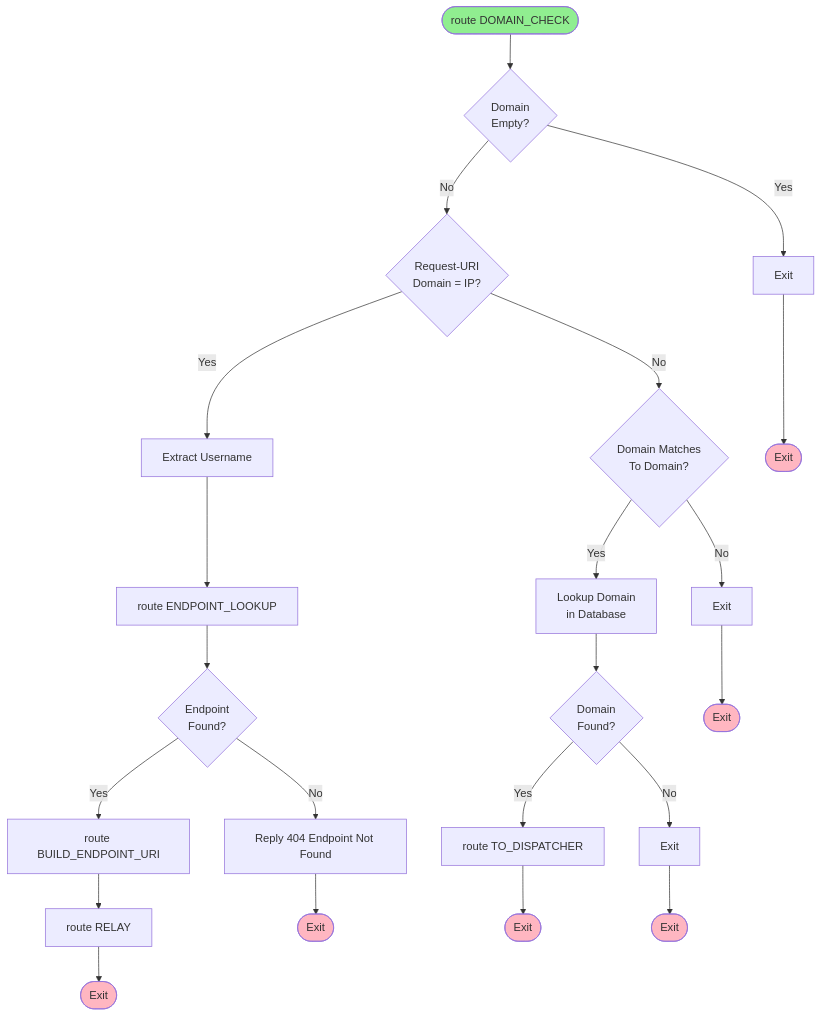
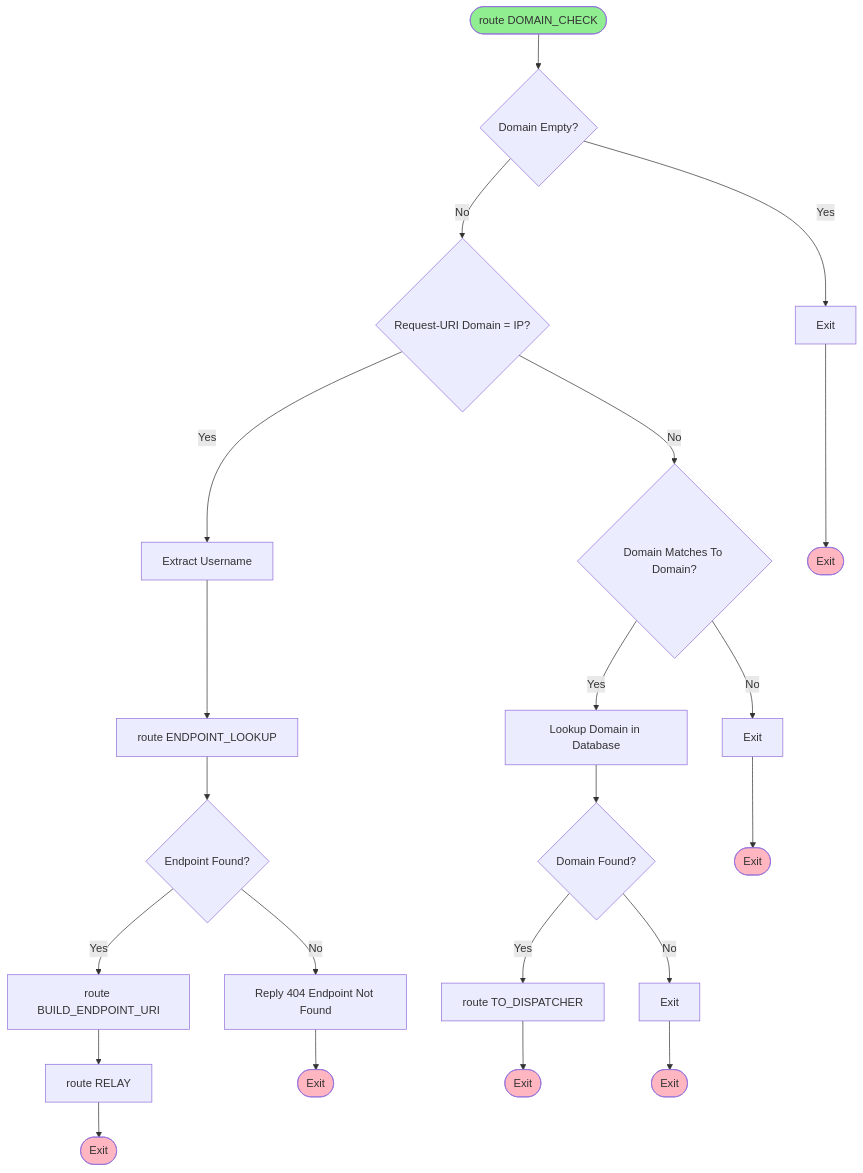
The sixth of 13 diagrams in docs/OPENSIPS-LOGIC-DIAGRAM.md (aelintra/pbx3sbc), drawn with Mermaid before and after one commit. The commit also changed other lines of this file, not shown here.

First line of the commit message:
Fix Mermaid diagram syntax: Remove unsupported HTML tags

````diff
--- a/docs/OPENSIPS-LOGIC-DIAGRAM.md
+++ b/docs/OPENSIPS-LOGIC-DIAGRAM.md
@@ -186,32 +186,32 @@
 ```mermaid
 flowchart TD
-    Start([route DOMAIN_CHECK]) --> CheckDomainEmpty{Domain<br/>Empty?}
+    Start([route DOMAIN_CHECK]) --> CheckDomainEmpty{Domain Empty?}
     CheckDomainEmpty -->|Yes| Exit1[Exit]
-    CheckDomainEmpty -->|No| CheckEndpointIP{Request-URI<br/>Domain = IP?}
+    CheckDomainEmpty -->|No| CheckEndpointIP{Request-URI Domain = IP?}
     CheckEndpointIP -->|Yes| ExtractUser[Extract Username]
     ExtractUser --> LookupEndpoint[route ENDPOINT_LOOKUP]
-    LookupEndpoint --> FoundEndpoint{Endpoint<br/>Found?}
+    LookupEndpoint --> FoundEndpoint{Endpoint Found?}
     FoundEndpoint -->|Yes| BuildURI[route BUILD_ENDPOINT_URI]
     FoundEndpoint -->|No| Reply404[Reply 404 Endpoint Not Found]
     BuildURI --> Relay[route RELAY]
-    CheckEndpointIP -->|No| CheckDomainMatch{Domain Matches<br/>To Domain?}
+    CheckEndpointIP -->|No| CheckDomainMatch{Domain Matches To Domain?}
     CheckDomainMatch -->|No| Exit2[Exit]
-    CheckDomainMatch -->|Yes| LookupDomain[Lookup Domain<br/>in Database]
-    LookupDomain --> DomainFound{Domain<br/>Found?}
+    CheckDomainMatch -->|Yes| LookupDomain[Lookup Domain in Database]
+    LookupDomain --> DomainFound{Domain Found?}
     DomainFound -->|No| Exit3[Exit]
     DomainFound -->|Yes| RouteDispatcher[route TO_DISPATCHER]
     Relay --> End1([Exit])
     Reply404 --> End2([Exit])
     RouteDispatcher --> End3([Exit])
     Exit1 --> End4([Exit])
     Exit2 --> End5([Exit])
     Exit3 --> End6([Exit])
     
     style Start fill:#90EE90
     style End1 fill:#FFB6C1
     style End2 fill:#FFB6C1
     style End3 fill:#FFB6C1
     style End4 fill:#FFB6C1
     style End5 fill:#FFB6C1
     style End6 fill:#FFB6C1
 ```
````
